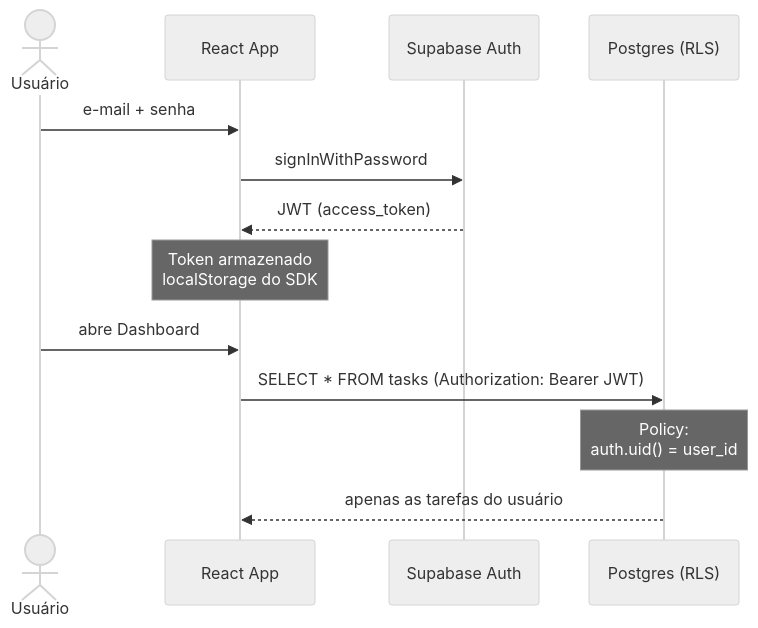
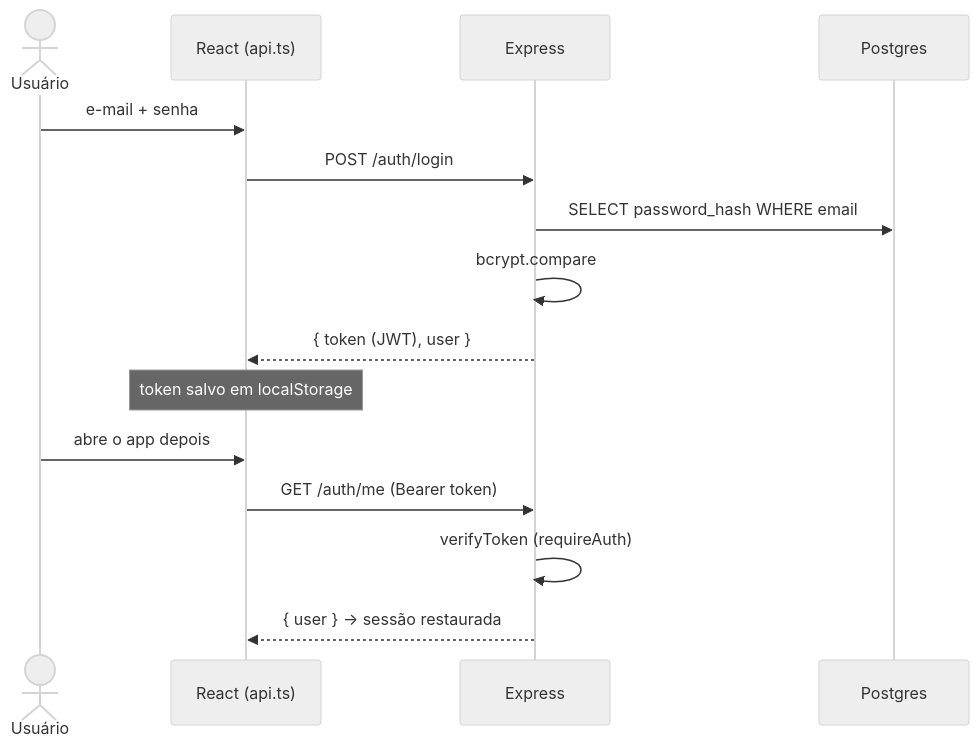
Before and after one commit to Kauapy/taskflow: the second of 4 diagrams in docs/ARQUITETURA.md, drawn with Mermaid (neutral theme). The commit also changed other lines of this file and 4 other files, not shown here.

````diff
--- a/docs/ARQUITETURA.md
+++ b/docs/ARQUITETURA.md
@@ -51,17 +70,19 @@
 ```mermaid
 sequenceDiagram
   actor U as Usuário
-  participant App as React App
-  participant Auth as Supabase Auth
-  participant DB as Postgres (RLS)
+  participant App as React (api.ts)
+  participant API as Express
+  participant DB as Postgres
 
   U->>App: e-mail + senha
-  App->>Auth: signInWithPassword
-  Auth-->>App: JWT (access_token)
-  Note over App: Token armazenado<br/>localStorage do SDK
+  App->>API: POST /auth/login
+  API->>DB: SELECT password_hash WHERE email
+  API->>API: bcrypt.compare
+  API-->>App: { token (JWT), user }
+  Note over App: token salvo em localStorage
 
-  U->>App: abre Dashboard
-  App->>DB: SELECT * FROM tasks (Authorization: Bearer JWT)
-  Note over DB: Policy:<br/>auth.uid() = user_id
-  DB-->>App: apenas as tarefas do usuário
+  U->>App: abre o app depois
+  App->>API: GET /auth/me (Bearer token)
+  API->>API: verifyToken (requireAuth)
+  API-->>App: { user }  → sessão restaurada
 ```
````
